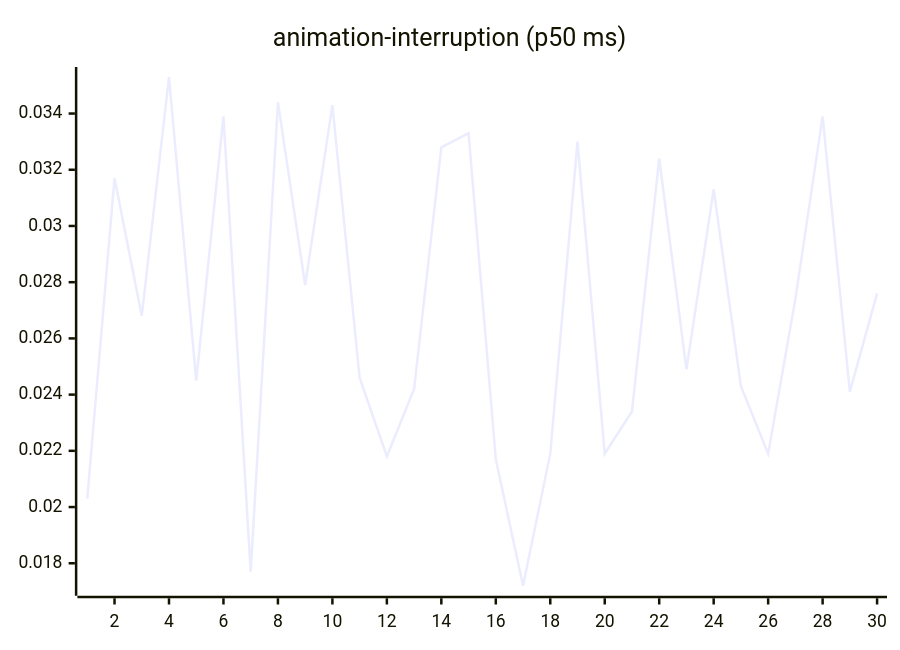
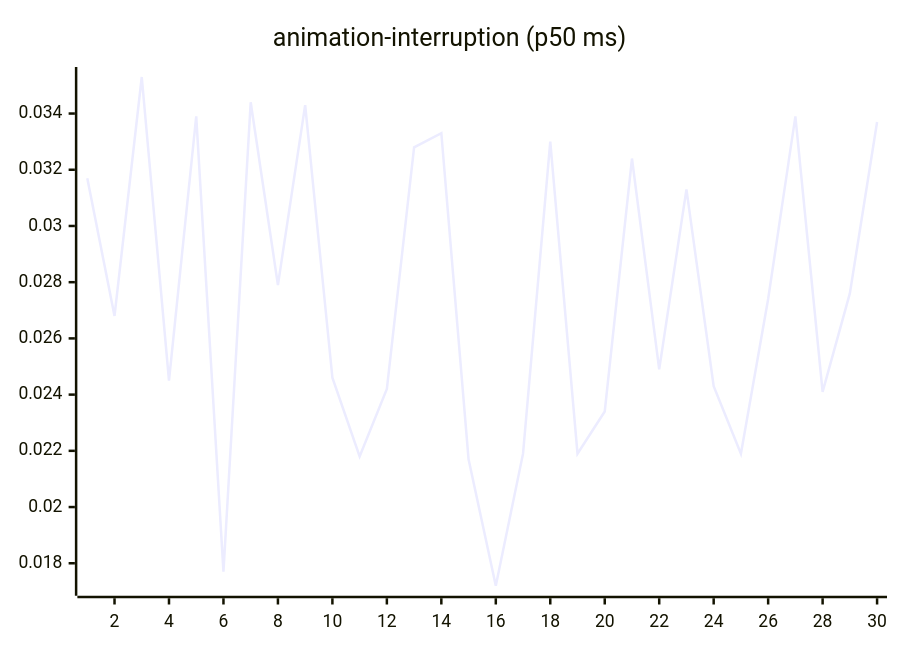
One commit to josha/Facet changed the third of 27 diagrams in README.md. Above: the diagram before and after it, drawn with Mermaid. The commit also changed other lines of this file and 2 other files, not shown here.

````diff
--- a/README.md
+++ b/README.md
@@ -77,6 +77,6 @@
 ```mermaid
 xychart-beta
     title "animation-interruption (p50 ms)"
     x-axis 1 --> 30
-    line [0.0203, 0.0317, 0.0268, 0.0353, 0.0245, 0.0339, 0.0177, 0.0344, 0.0279, 0.0343, 0.0246, 0.0218, 0.0242, 0.0328, 0.0333, 0.0217, 0.0172, 0.0219, 0.0330, 0.0219, 0.0234, 0.0324, 0.0249, 0.0313, 0.0243, 0.0219, 0.0274, 0.0339, 0.0241, 0.0276]
+    line [0.0317, 0.0268, 0.0353, 0.0245, 0.0339, 0.0177, 0.0344, 0.0279, 0.0343, 0.0246, 0.0218, 0.0242, 0.0328, 0.0333, 0.0217, 0.0172, 0.0219, 0.0330, 0.0219, 0.0234, 0.0324, 0.0249, 0.0313, 0.0243, 0.0219, 0.0274, 0.0339, 0.0241, 0.0276, 0.0337]
 ```
````
